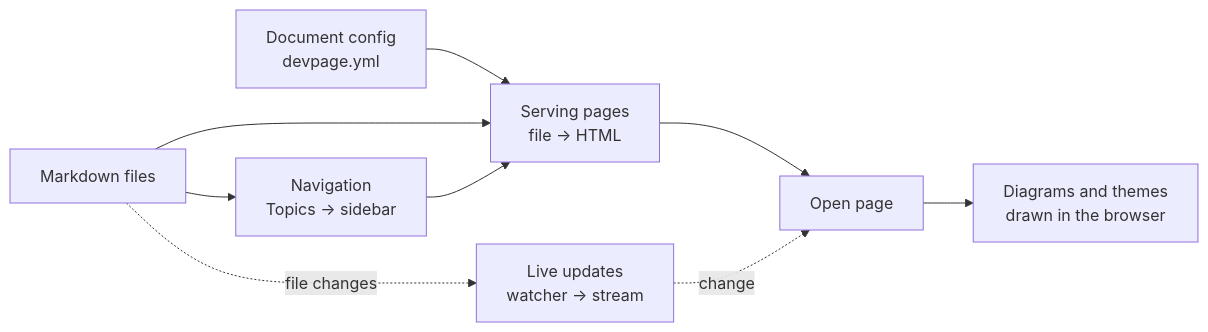
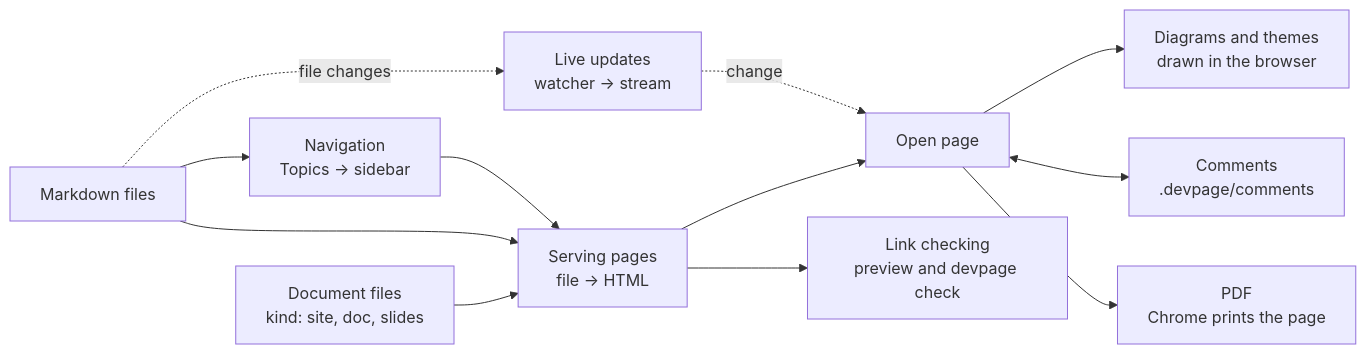
One commit to andrei512/devpage changed the diagram in docs/boxes/viewer/README.md. Above: the diagram before and after it, drawn with Mermaid. The commit also changed other lines of this file and 22 other files, not shown here.

First line of the commit message:
Design v0.1: three kinds of document, comments, link checking, PDF, deploying

````diff
--- a/docs/boxes/viewer/README.md
+++ b/docs/boxes/viewer/README.md
@@ -22,16 +28,22 @@
 ```mermaid
 flowchart LR
-  config["Document config<br/>devpage.yml"] --> serving["Serving pages<br/>file → HTML"]
+  yml["Document files<br/>kind: site, doc, slides"] --> serving["Serving pages<br/>file → HTML"]
   files["Markdown files"] --> serving
   files --> nav["Navigation<br/>Topics → sidebar"]
   nav --> serving
   files -. "file changes" .-> live["Live updates<br/>watcher → stream"]
   serving --> browser["Open page"]
   live -. "change" .-> browser
   browser --> diagrams["Diagrams and themes<br/>drawn in the browser"]
-  click config href "./configuration-reference/README.md" "Configuration reference"
+  browser <--> comments["Comments<br/>.devpage/comments"]
+  serving --> check["Link checking<br/>preview and devpage check"]
+  browser --> pdf["PDF<br/>Chrome prints the page"]
+  click yml href "./writing-a-document/README.md" "Writing a document"
   click serving href "./serving-pages/README.md" "How pages are served"
   click nav href "./navigation-tree/README.md" "How the sidebar is built"
   click live href "./live-updates/README.md" "How open pages stay current"
   click diagrams href "./diagrams-and-themes/README.md" "Diagrams and themes"
+  click comments href "./comments/README.md" "Comments"
+  click check href "./checking-links/README.md" "Checking links"
+  click pdf href "./pdf/README.md" "Printing to PDF"
 ```
````
